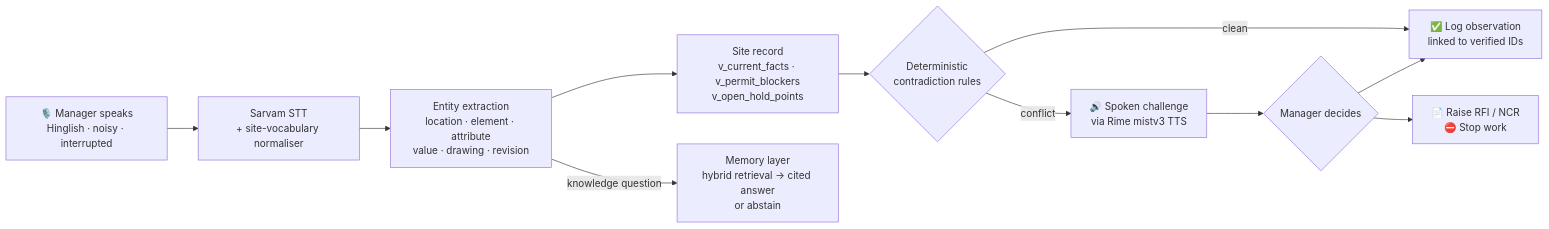
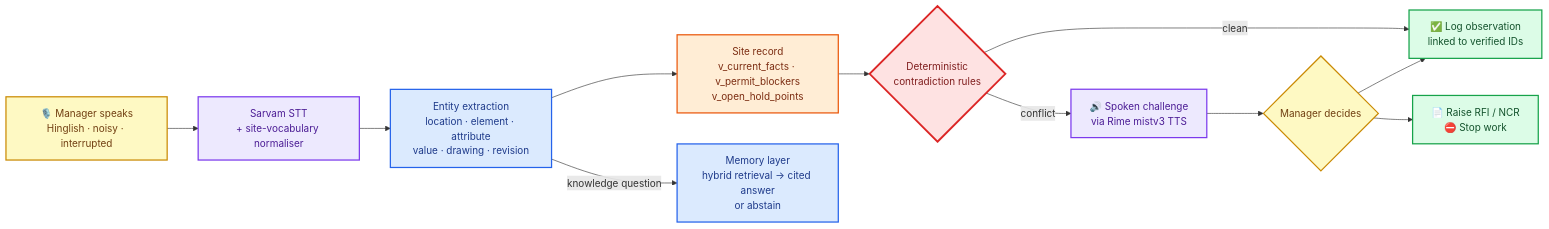
The first of 3 diagrams in README.md (atharvavdeo/vesper-ai), drawn with Mermaid before and after one commit. The commit also changed other lines of this file and 1 other file, not shown here.

Commit message:
Rewrote the README opening as one end to end feature list and coloured the architecture diagrams

````diff
--- a/README.md
+++ b/README.md
@@ -88,13 +125,27 @@
 ```mermaid
 flowchart LR
+    classDef human fill:#fef9c3,stroke:#ca8a04,color:#713f12,stroke-width:2px
+    classDef voice fill:#ede9fe,stroke:#7c3aed,color:#4c1d95,stroke-width:2px
+    classDef logic fill:#dbeafe,stroke:#2563eb,color:#1e3a8a,stroke-width:2px
+    classDef data fill:#ffedd5,stroke:#ea580c,color:#7c2d12,stroke-width:2px
+    classDef gate fill:#fee2e2,stroke:#dc2626,color:#7f1d1d,stroke-width:3px
+    classDef good fill:#dcfce7,stroke:#16a34a,color:#14532d,stroke-width:2px
+
     A["🎙️ Manager speaks<br/>Hinglish · noisy · interrupted"] --> S["Sarvam STT<br/>+ site-vocabulary normaliser"]
     S --> B["Entity extraction<br/>location · element · attribute<br/>value · drawing · revision"]
     B --> C["Site record<br/>v_current_facts · v_permit_blockers<br/>v_open_hold_points"]
     C --> D{"Deterministic<br/>contradiction rules"}
     D -->|clean| E["✅ Log observation<br/>linked to verified IDs"]
     D -->|conflict| F["🔊 Spoken challenge<br/>via Rime mistv3 TTS"]
     F --> G{"Manager decides"}
     G --> E
     G --> H["📄 Raise RFI / NCR<br/>⛔ Stop work"]
     B -->|knowledge question| M["Memory layer<br/>hybrid retrieval → cited answer<br/>or abstain"]
+
+    class A,G human
+    class S,F voice
+    class B,M logic
+    class C data
+    class D gate
+    class E,H good
 ```
````
